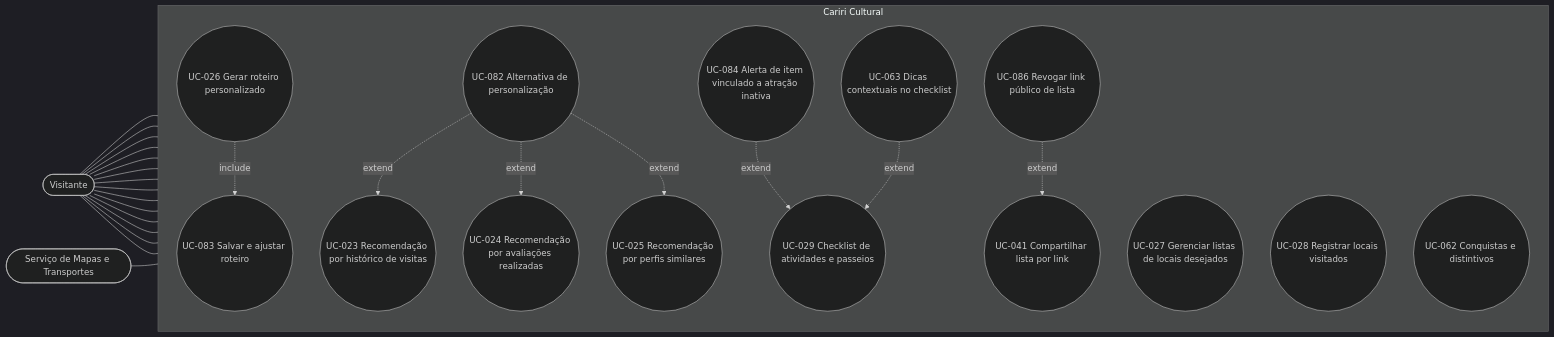
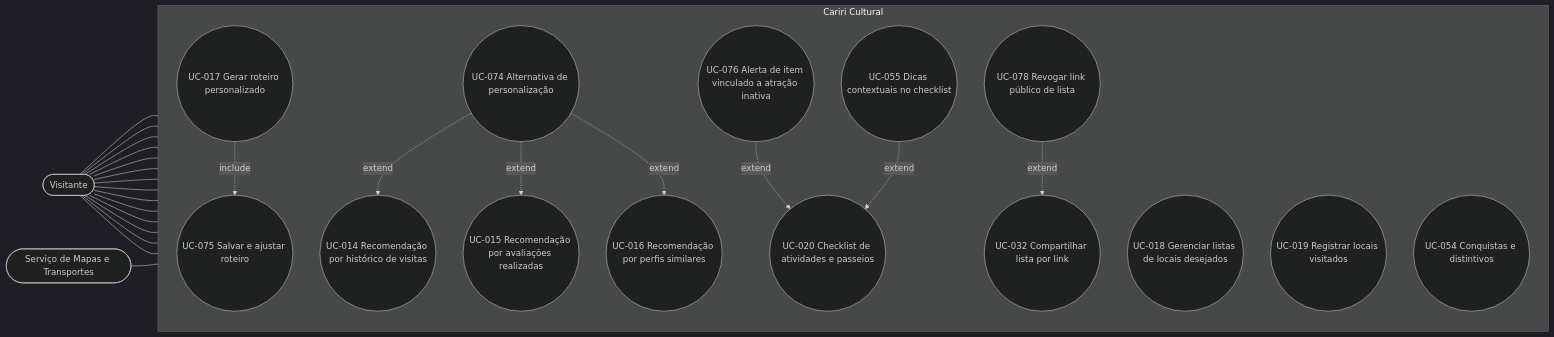
One commit to alan-mendes-ufca/CaririCultural changed the sixth of 11 diagrams in home/user-cases/use-cases-diagram.md. Above: the diagram before and after it, drawn with Mermaid (dark theme). The commit also changed other lines of this file and 4 other files, not shown here.

````diff
--- a/home/user-cases/use-cases-diagram.md
+++ b/home/user-cases/use-cases-diagram.md
@@ -266,41 +209,41 @@
 ```mermaid
 flowchart LR
     %% Atores
     V([Visitante])
     MAP([Serviço de Mapas e Transportes])
 
     %% Fronteira
     subgraph CC [Cariri Cultural]
         direction TB
-        UC023((UC-023 Recomendação por histórico de visitas))
-        UC024((UC-024 Recomendação por avaliações realizadas))
-        UC025((UC-025 Recomendação por perfis similares))
-        UC026((UC-026 Gerar roteiro personalizado))
-        UC027((UC-027 Gerenciar listas de locais desejados))
-        UC028((UC-028 Registrar locais visitados))
-        UC029((UC-029 Checklist de atividades e passeios))
-        UC041((UC-041 Compartilhar lista por link))
-        UC062((UC-062 Conquistas e distintivos))
-        UC063((UC-063 Dicas contextuais no checklist))
-        UC082((UC-082 Alternativa de personalização))
-        UC083((UC-083 Salvar e ajustar roteiro))
-        UC084((UC-084 Alerta de item vinculado a atração inativa))
-        UC086((UC-086 Revogar link público de lista))
+        UC014((UC-014 Recomendação por histórico de visitas))
+        UC015((UC-015 Recomendação por avaliações realizadas))
+        UC016((UC-016 Recomendação por perfis similares))
+        UC017((UC-017 Gerar roteiro personalizado))
+        UC018((UC-018 Gerenciar listas de locais desejados))
+        UC019((UC-019 Registrar locais visitados))
+        UC020((UC-020 Checklist de atividades e passeios))
+        UC032((UC-032 Compartilhar lista por link))
+        UC054((UC-054 Conquistas e distintivos))
+        UC055((UC-055 Dicas contextuais no checklist))
+        UC074((UC-074 Alternativa de personalização))
+        UC075((UC-075 Salvar e ajustar roteiro))
+        UC076((UC-076 Alerta de item vinculado a atração inativa))
+        UC078((UC-078 Revogar link público de lista))
     end
 
     %% Relações Ator -> Caso de Uso
-    V --- UC023 & UC024 & UC025 & UC026 & UC027 & UC028 & UC029
-    V --- UC041 & UC062 & UC063 & UC082 & UC083 & UC084 & UC086
-    MAP --- UC026
+    V --- UC014 & UC015 & UC016 & UC017 & UC018 & UC019 & UC020
+    V --- UC032 & UC054 & UC055 & UC074 & UC075 & UC076 & UC078
+    MAP --- UC017
 
     %% Relações Include
-    UC026 -.->|include| UC083
+    UC017 -.->|include| UC075
 
     %% Relações Extend
-    UC082 -.->|extend| UC023
-    UC082 -.->|extend| UC024
-    UC082 -.->|extend| UC025
-    UC084 -.->|extend| UC029
-    UC063 -.->|extend| UC029
-    UC086 -.->|extend| UC041
+    UC074 -.->|extend| UC014
+    UC074 -.->|extend| UC015
+    UC074 -.->|extend| UC016
+    UC076 -.->|extend| UC020
+    UC055 -.->|extend| UC020
+    UC078 -.->|extend| UC032
 ```
````
